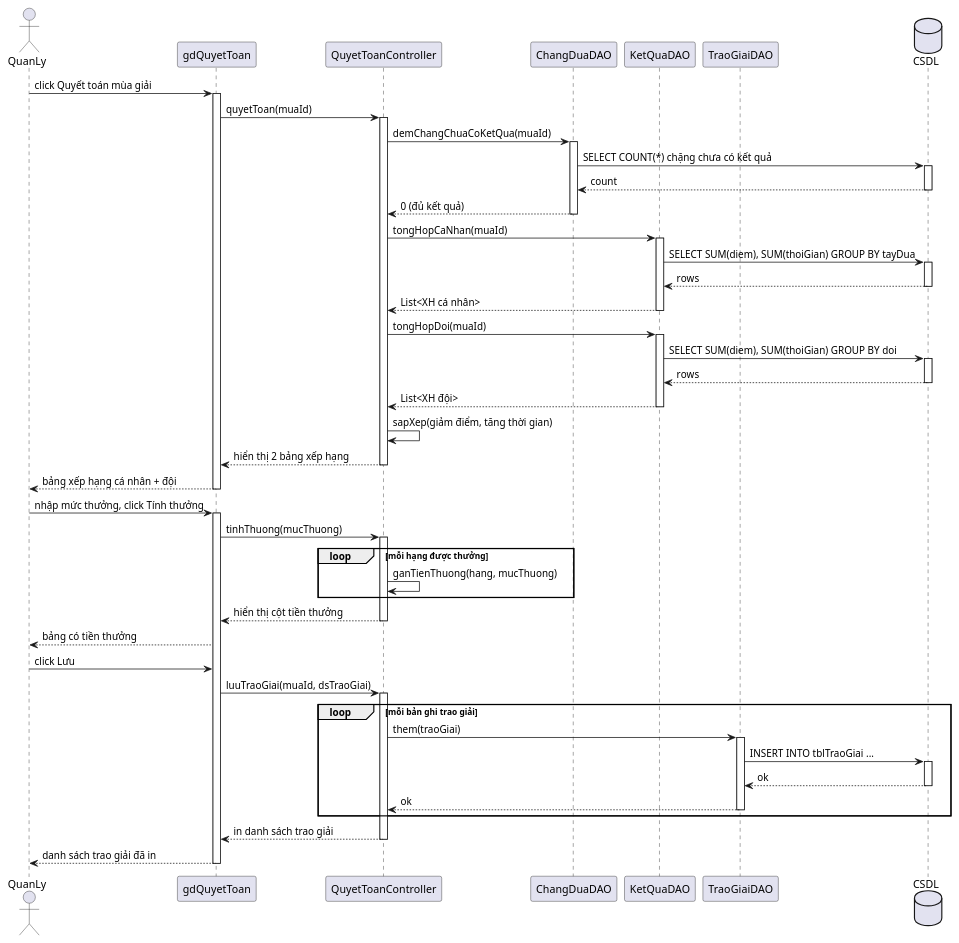
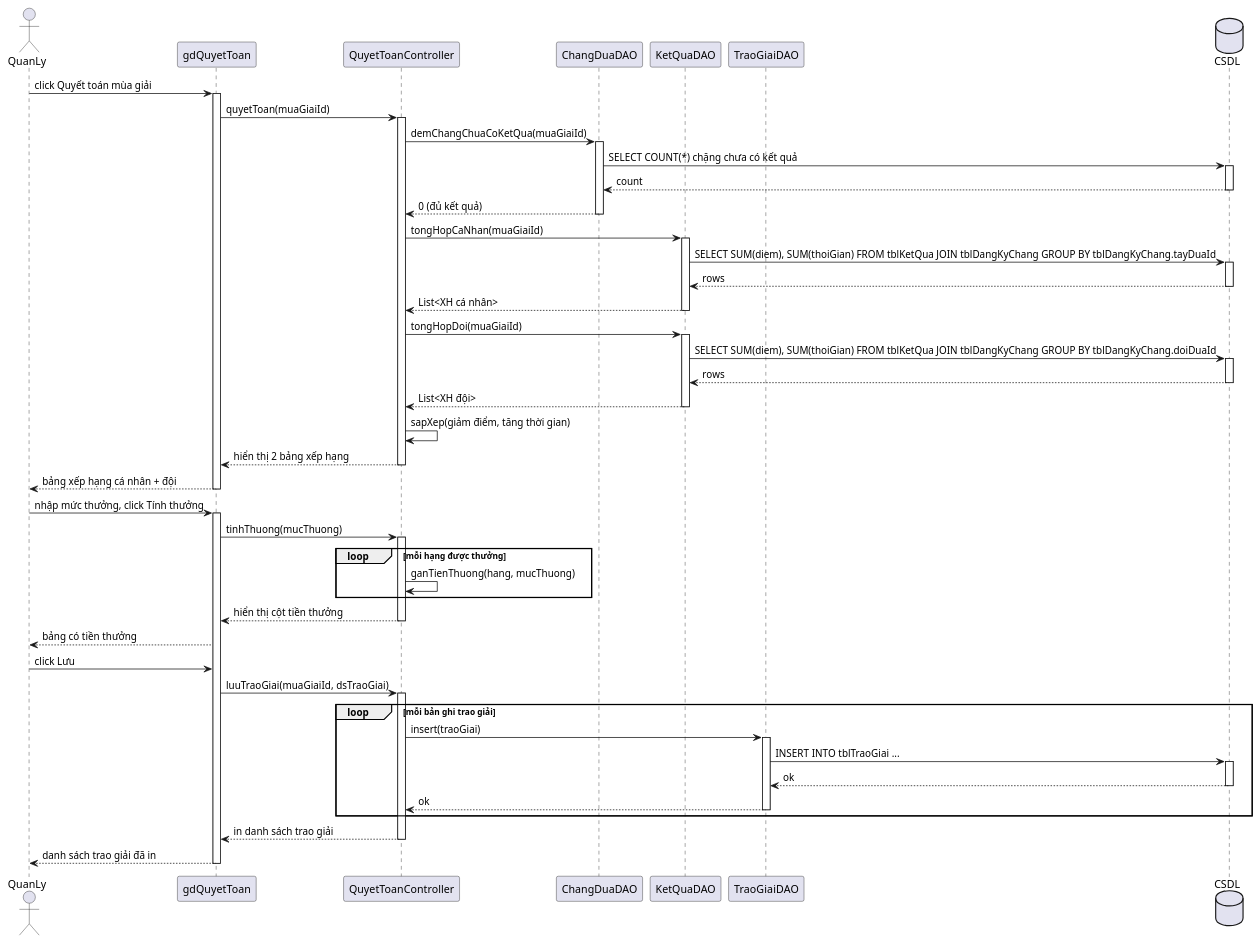
One commit to 7gho/CNPM-He2026 changed the fifth of 5 diagrams in Module 4 - Thanh/noi-dung.md. Above: the diagram before and after it, drawn with PlantUML. The commit also changed other lines of this file and 9 other files, not shown here.

Commit message:
System-wide consistency + completeness pass (audit-driven): add ThanhVien entity, mua giai/tham gia UCs, restore M1 auto-close, English DAO naming, fix M4 KetQua joins

````diff
--- a/Module 4 - Thanh/noi-dung.md
+++ b/Module 4 - Thanh/noi-dung.md
@@ -202,74 +209,74 @@
 ```plantuml
 @startuml
 actor QuanLy as QL
 participant "gdQuyetToan" as V
 participant "QuyetToanController" as C
 participant "ChangDuaDAO" as CDAO
 participant "KetQuaDAO" as KDAO
 participant "TraoGiaiDAO" as TDAO
 database "CSDL" as DB
 
 QL -> V : click Quyết toán mùa giải
 activate V
-V -> C : quyetToan(muaId)
+V -> C : quyetToan(muaGiaiId)
 activate C
-C -> CDAO : demChangChuaCoKetQua(muaId)
+C -> CDAO : demChangChuaCoKetQua(muaGiaiId)
 activate CDAO
 CDAO -> DB : SELECT COUNT(*) chặng chưa có kết quả
 activate DB
 DB --> CDAO : count
 deactivate DB
 CDAO --> C : 0 (đủ kết quả)
 deactivate CDAO
-C -> KDAO : tongHopCaNhan(muaId)
+C -> KDAO : tongHopCaNhan(muaGiaiId)
 activate KDAO
-KDAO -> DB : SELECT SUM(diem), SUM(thoiGian) GROUP BY tayDua
+KDAO -> DB : SELECT SUM(diem), SUM(thoiGian) FROM tblKetQua JOIN tblDangKyChang GROUP BY tblDangKyChang.tayDuaId
 activate DB
 DB --> KDAO : rows
 deactivate DB
 KDAO --> C : List<XH cá nhân>
 deactivate KDAO
-C -> KDAO : tongHopDoi(muaId)
+C -> KDAO : tongHopDoi(muaGiaiId)
 activate KDAO
-KDAO -> DB : SELECT SUM(diem), SUM(thoiGian) GROUP BY doi
+KDAO -> DB : SELECT SUM(diem), SUM(thoiGian) FROM tblKetQua JOIN tblDangKyChang GROUP BY tblDangKyChang.doiDuaId
 activate DB
 DB --> KDAO : rows
 deactivate DB
 KDAO --> C : List<XH đội>
 deactivate KDAO
 C -> C : sapXep(giảm điểm, tăng thời gian)
 C --> V : hiển thị 2 bảng xếp hạng
 deactivate C
 V --> QL : bảng xếp hạng cá nhân + đội
 deactivate V
 
 QL -> V : nhập mức thưởng, click Tính thưởng
 activate V
 V -> C : tinhThuong(mucThuong)
 activate C
 loop mỗi hạng được thưởng
   C -> C : ganTienThuong(hang, mucThuong)
 end
 C --> V : hiển thị cột tiền thưởng
 deactivate C
 V --> QL : bảng có tiền thưởng
 
 QL -> V : click Lưu
-V -> C : luuTraoGiai(muaId, dsTraoGiai)
+V -> C : luuTraoGiai(muaGiaiId, dsTraoGiai)
 activate C
 loop mỗi bản ghi trao giải
-  C -> TDAO : them(traoGiai)
+  C -> TDAO : insert(traoGiai)
   activate TDAO
   TDAO -> DB : INSERT INTO tblTraoGiai ...
   activate DB
   DB --> TDAO : ok
   deactivate DB
   TDAO --> C : ok
   deactivate TDAO
 end
 C --> V : in danh sách trao giải
 deactivate C
 V --> QL : danh sách trao giải đã in
 deactivate V
 @enduml
 ```
````
